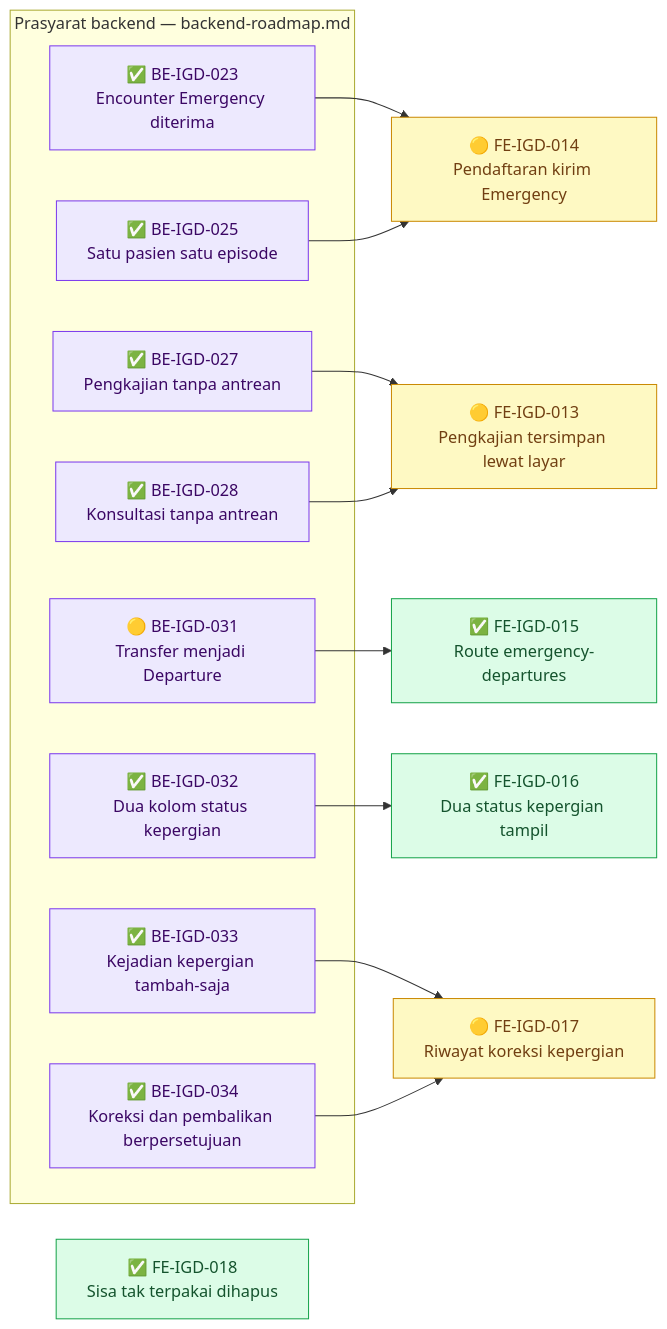
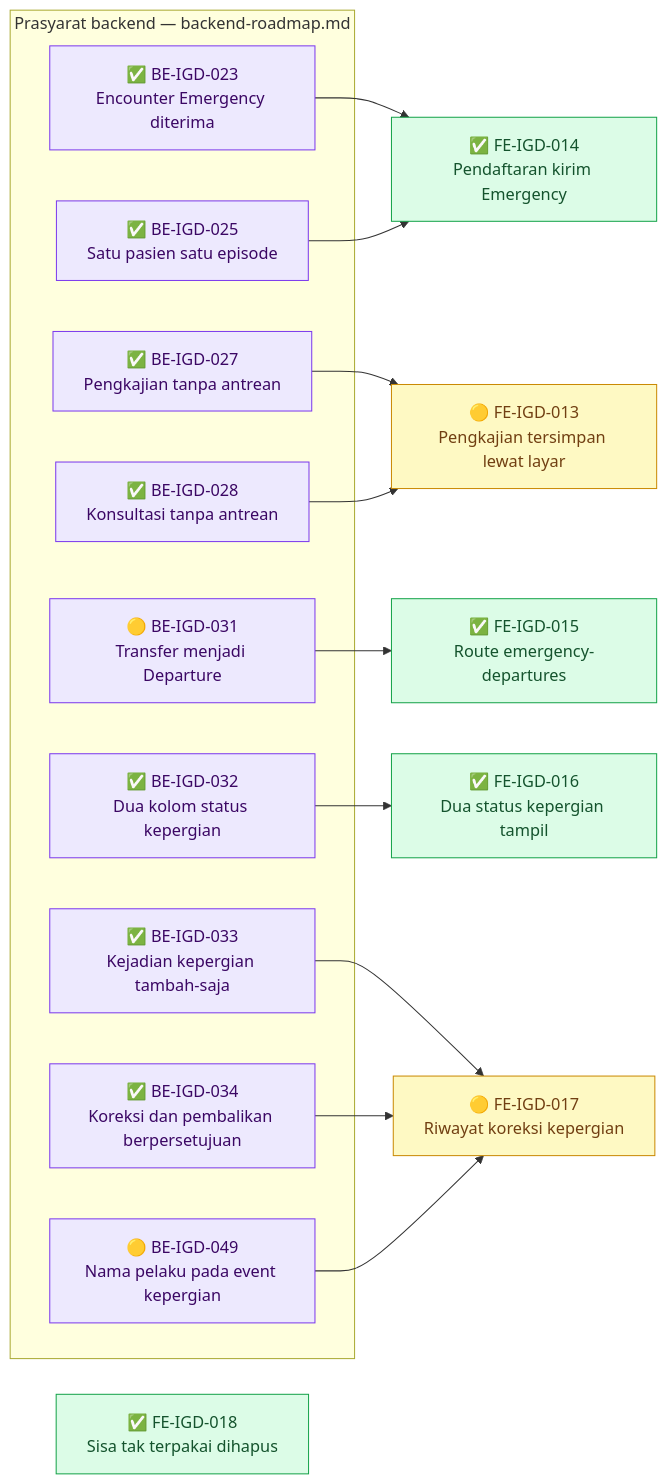
One commit to DevBenari/NewQuilvianSystemBackend changed the third of 10 diagrams in docs/module-blueprints/igd/roadmap/frontend-roadmap.md. Above: the diagram before and after it, drawn with Mermaid. The commit also changed other lines of this file and 20 other files, not shown here.

````diff
--- a/docs/module-blueprints/igd/roadmap/frontend-roadmap.md
+++ b/docs/module-blueprints/igd/roadmap/frontend-roadmap.md
@@ -401,35 +407,37 @@
 ```mermaid
 flowchart LR
     classDef selesai fill:#DCFCE7,stroke:#16A34A,color:#14532D
     classDef sebagian fill:#FEF9C3,stroke:#CA8A04,color:#713F12
     classDef terblokir fill:#FEE2E2,stroke:#DC2626,color:#7F1D1D
     classDef belum fill:#F1F5F9,stroke:#64748B,color:#0F172A
     classDef luar fill:#EDE9FE,stroke:#7C3AED,color:#3B0764
 
     subgraph backend["Prasyarat backend — backend-roadmap.md"]
         BEIGD023["✅ BE-IGD-023<br/>Encounter Emergency diterima"]:::luar
         BEIGD025["✅ BE-IGD-025<br/>Satu pasien satu episode"]:::luar
         BEIGD027["✅ BE-IGD-027<br/>Pengkajian tanpa antrean"]:::luar
         BEIGD028["✅ BE-IGD-028<br/>Konsultasi tanpa antrean"]:::luar
         BEIGD031["🟡 BE-IGD-031<br/>Transfer menjadi Departure"]:::luar
         BEIGD032["✅ BE-IGD-032<br/>Dua kolom status kepergian"]:::luar
         BEIGD033["✅ BE-IGD-033<br/>Kejadian kepergian tambah-saja"]:::luar
         BEIGD034["✅ BE-IGD-034<br/>Koreksi dan pembalikan berpersetujuan"]:::luar
+        BEIGD049["🟡 BE-IGD-049<br/>Nama pelaku pada event kepergian"]:::luar
     end
 
     FEIGD013["🟡 FE-IGD-013<br/>Pengkajian tersimpan lewat layar"]:::sebagian
-    FEIGD014["🟡 FE-IGD-014<br/>Pendaftaran kirim Emergency"]:::sebagian
+    FEIGD014["✅ FE-IGD-014<br/>Pendaftaran kirim Emergency"]:::selesai
     FEIGD015["✅ FE-IGD-015<br/>Route emergency-departures"]:::selesai
     FEIGD016["✅ FE-IGD-016<br/>Dua status kepergian tampil"]:::selesai
     FEIGD017["🟡 FE-IGD-017<br/>Riwayat koreksi kepergian"]:::sebagian
     FEIGD018["✅ FE-IGD-018<br/>Sisa tak terpakai dihapus"]:::selesai
 
     BEIGD023 --> FEIGD014
     BEIGD025 --> FEIGD014
     BEIGD027 --> FEIGD013
     BEIGD028 --> FEIGD013
     BEIGD031 --> FEIGD015
     BEIGD032 --> FEIGD016
     BEIGD033 --> FEIGD017
     BEIGD034 --> FEIGD017
+    BEIGD049 --> FEIGD017
 ```
````
